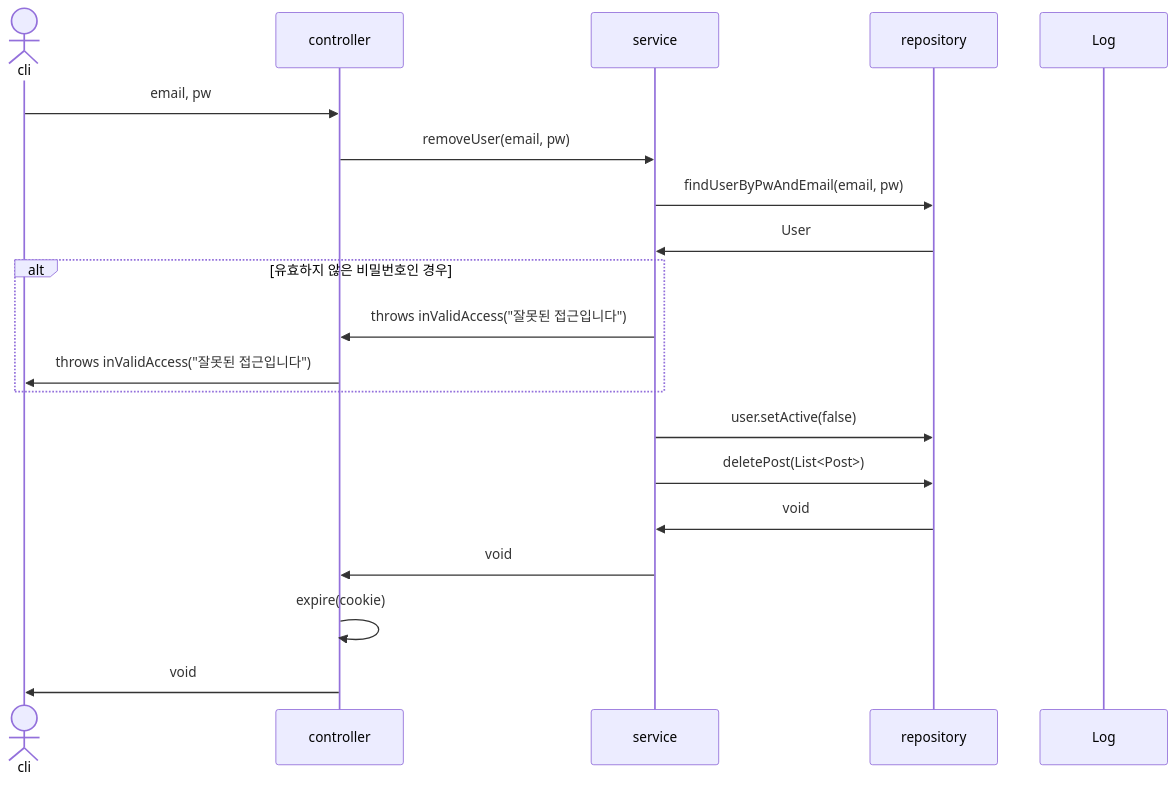
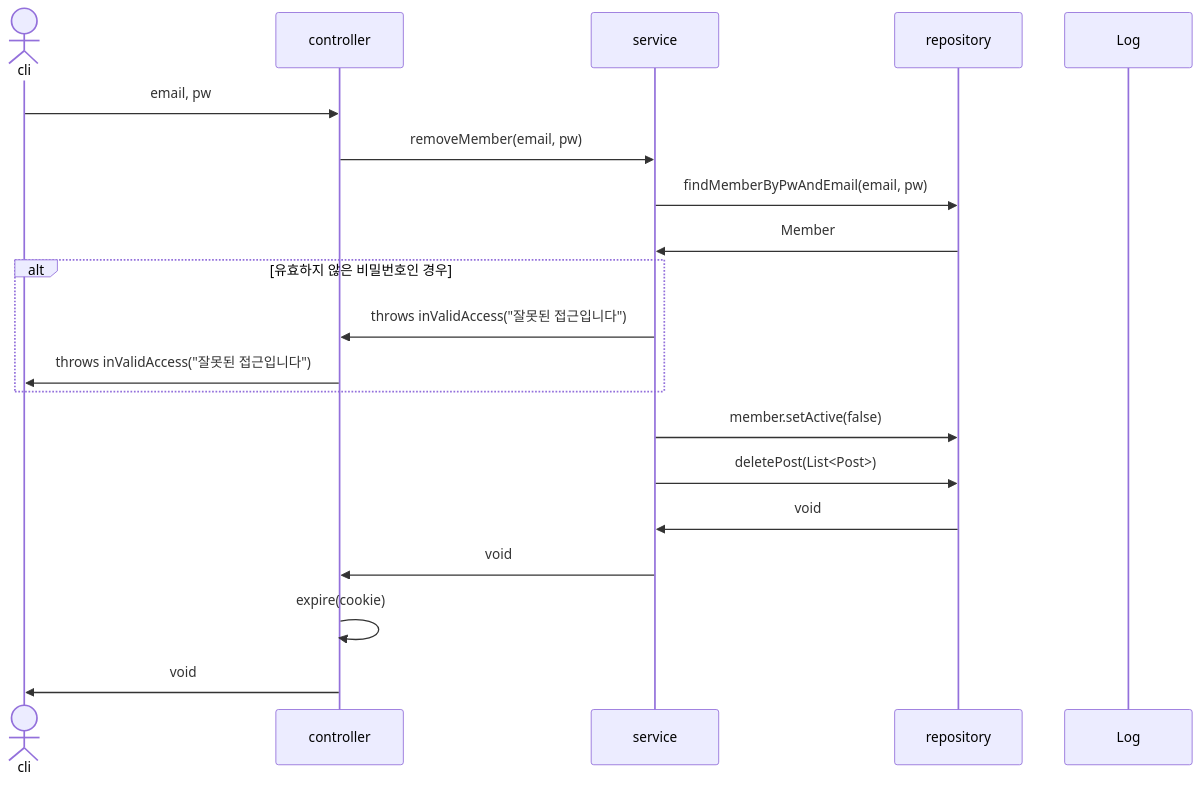
The fourth of 28 diagrams in sequence.md (mtak0235/snsX), drawn with Mermaid before and after one commit. The commit also changed other lines of this file, not shown here.

Commit message:
update user -> member & savePost sequence diagram

````diff
--- a/sequence.md
+++ b/sequence.md
@@ -67,23 +67,23 @@
 ```mermaid
 sequenceDiagram
 actor cli
 participant c as controller
 participant s as service
 participant r as repository
 participant l as Log
 
 cli->>c: email, pw
-c->>s: removeUser(email, pw)
-s->>r: findUserByPwAndEmail(email, pw)
-r->>s: User
+c->>s: removeMember(email, pw)
+s->>r: findMemberByPwAndEmail(email, pw)
+r->>s: Member
 alt 유효하지 않은 비밀번호인 경우
 s->>c: throws inValidAccess("잘못된 접근입니다")
 c->>cli: throws inValidAccess("잘못된 접근입니다")
 end
-s->>r: user.setActive(false)
+s->>r: member.setActive(false)
 s->>r: deletePost(List<Post>)
 r->>s: void
 s->>c: void
 c->>c: expire(cookie)
 c->>cli: void
 ```
````
